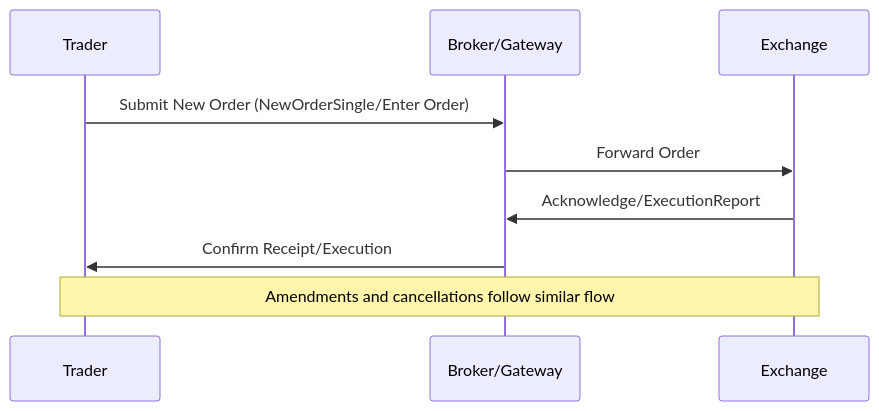
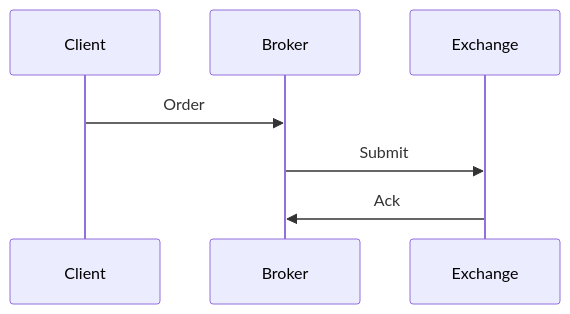
One commit to VrushankPatel/interview-matters changed the diagram in order-entry-protocols/README.md. Above: the diagram before and after it, drawn with Mermaid. The commit also changed other lines of this file and 64 other files, not shown here.

````diff
--- a/order-entry-protocols/README.md
+++ b/order-entry-protocols/README.md
@@ -85,12 +68,9 @@
 ```mermaid
 sequenceDiagram
-    participant Trader
-    participant Broker/Gateway
+    participant Client
+    participant Broker
     participant Exchange
-
-    Trader->>Broker/Gateway: Submit New Order (NewOrderSingle/Enter Order)
-    Broker/Gateway->>Exchange: Forward Order
-    Exchange->>Broker/Gateway: Acknowledge/ExecutionReport
-    Broker/Gateway->>Trader: Confirm Receipt/Execution
-    Note over Trader,Exchange: Amendments and cancellations follow similar flow
+    Client->>Broker: Order
+    Broker->>Exchange: Submit
+    Exchange->>Broker: Ack
 ```
````
